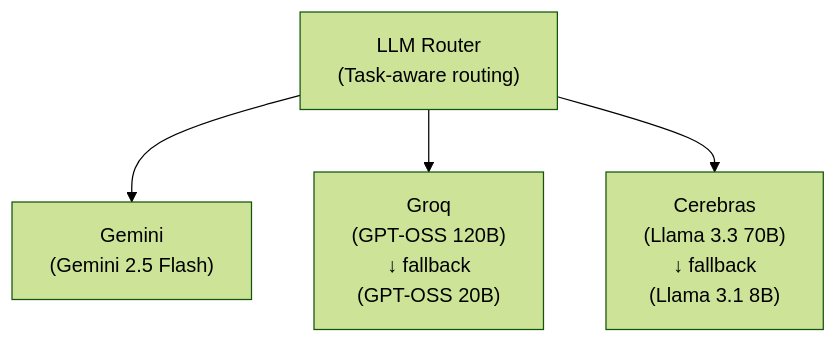
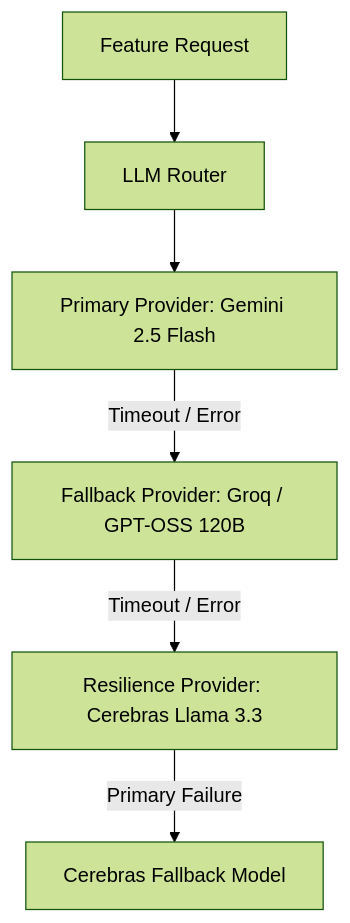
The first of 4 diagrams in backend/README.md (SmartDocQ/SmartDocQ), drawn with Mermaid (forest theme) before and after one commit. The commit also changed other lines of this file and 14 other files, not shown here.

````diff
--- a/backend/README.md
+++ b/backend/README.md
@@ -83,7 +110,8 @@
 ```mermaid
 graph TD
-    Router["LLM Router<br/>(Task-aware routing)"]
-    Router --> Gemini["Gemini<br/>(Gemini 2.5 Flash)"]
-    Router --> Groq["Groq<br/>(GPT-OSS 120B)<br/>↓ fallback<br/>(GPT-OSS 20B)"]
-    Router --> Cerebras["Cerebras<br/>(Llama 3.3 70B)<br/>↓ fallback<br/>(Llama 3.1 8B)"]
+    Feature[Feature Request] --> Router[LLM Router]
+    Router --> Gemini[Primary Provider: Gemini 2.5 Flash]
+    Gemini -- Timeout / Error --> Groq[Fallback Provider: Groq / GPT-OSS 120B]
+    Groq -- Timeout / Error --> Cerebras[Resilience Provider: Cerebras Llama 3.3]
+    Cerebras -- Primary Failure --> CerebrasFallback[Cerebras Fallback Model]
 ```
````
